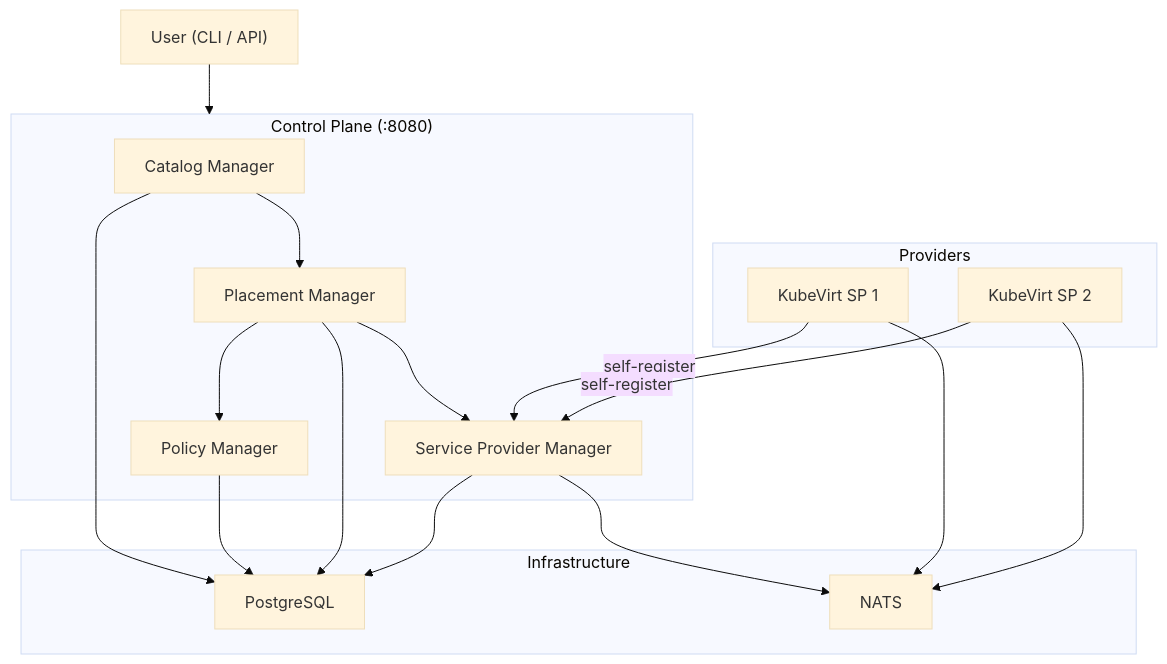
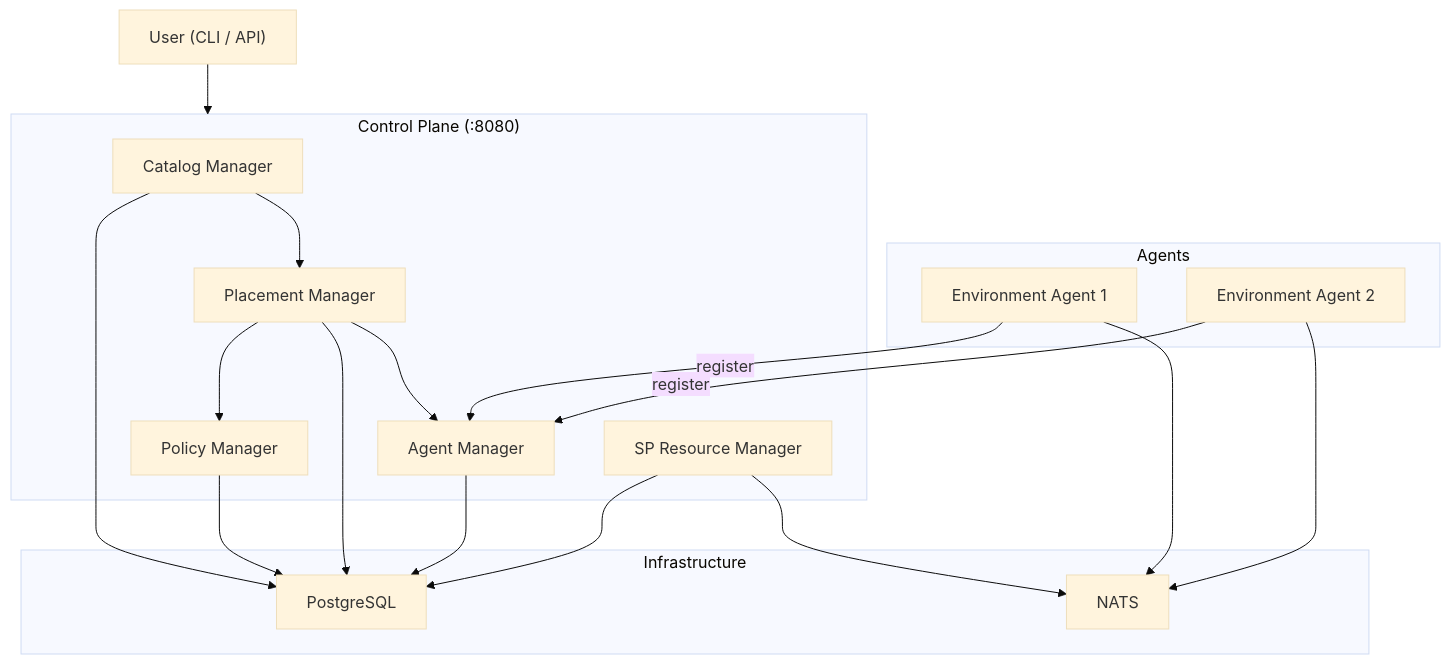
Before and after one commit to dcm-project/dcm-project.github.io: the first of 2 diagrams in content/docs/getting-started/architecture.md, drawn with Mermaid (base theme). The commit also changed other lines of this file, not shown here.

Commit message:
Update architecture for environment-agent model

````diff
--- a/content/docs/getting-started/architecture.md
+++ b/content/docs/getting-started/architecture.md
@@ -13,38 +13,40 @@
 ```mermaid
 graph TD
     User["User (CLI / API)"]
 
     subgraph CP["Control Plane (:8080)"]
         CM["Catalog Manager"]
         PM["Policy Manager"]
         PLM["Placement Manager"]
-        SPM["Service Provider Manager"]
+        AM["Agent Manager"]
+        RM["SP Resource Manager"]
     end
 
     subgraph Infrastructure
         PG["PostgreSQL"]
         NATS["NATS"]
     end
 
-    subgraph Providers
-        SP1["KubeVirt SP 1"]
-        SP2["KubeVirt SP 2"]
+    subgraph Agents
+        EA1["Environment Agent 1"]
+        EA2["Environment Agent 2"]
     end
 
     User --> CP
 
     CM --> PG
     PM --> PG
     PLM --> PG
-    SPM --> PG
+    AM --> PG
+    RM --> PG
 
     PLM --> PM
-    PLM --> SPM
+    PLM --> AM
     CM --> PLM
 
-    SPM --> NATS
-    SP1 --> NATS
-    SP2 --> NATS
-    SP1 -->|self-register| SPM
-    SP2 -->|self-register| SPM
+    RM --> NATS
+    EA1 --> NATS
+    EA2 --> NATS
+    EA1 -->|register| AM
+    EA2 -->|register| AM
 ```
````
